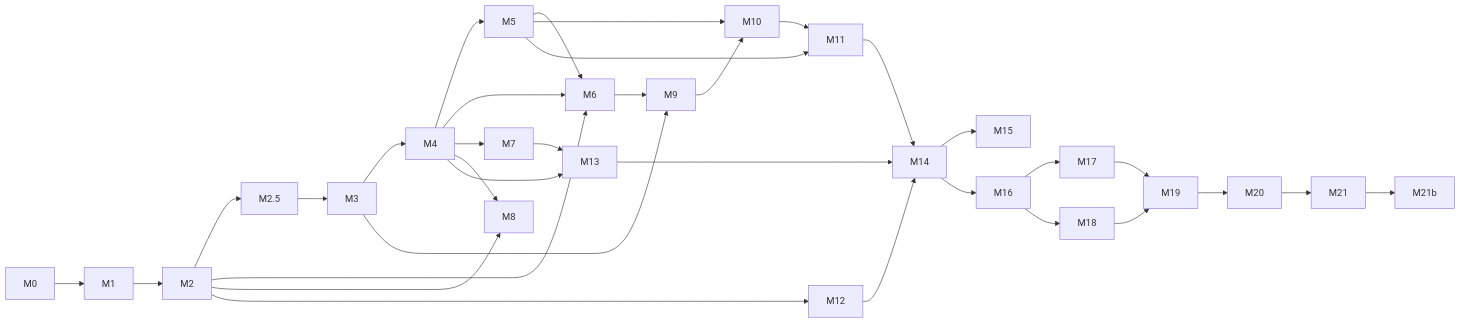
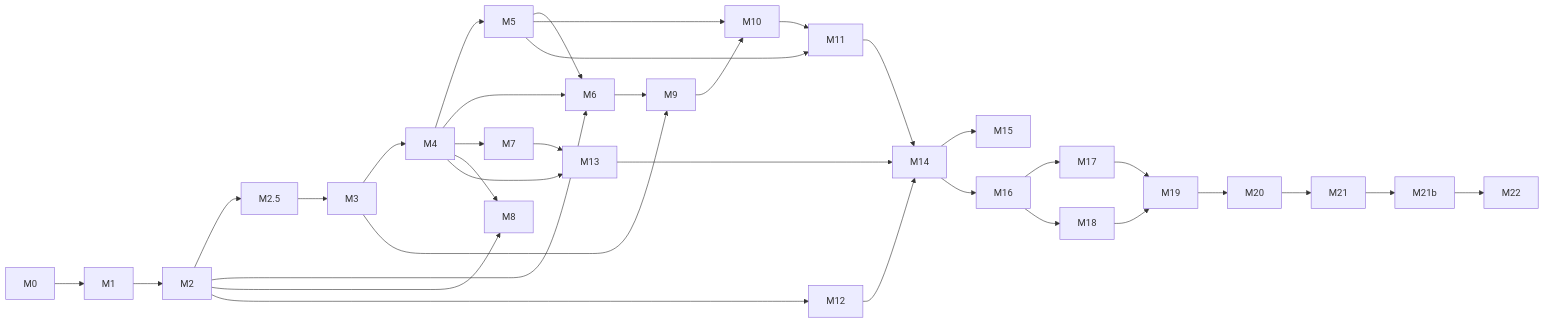
The diagram in docs/09-plan/README.md (vundavallibalakrishna/agentic-runtime), drawn with Mermaid before and after one commit. The commit also changed other lines of this file and 100 other files, not shown here.

````diff
--- a/docs/09-plan/README.md
+++ b/docs/09-plan/README.md
@@ -51,29 +52,29 @@
 ```mermaid
 flowchart LR
   M0 --> M1 --> M2 --> M25[M2.5] --> M3 --> M4 --> M5
   M2 --> M6
   M4 --> M6
   M5 --> M6
   M4 --> M7
   M2 --> M8
   M4 --> M8
   M3 --> M9
   M6 --> M9
   M5 --> M10
   M9 --> M10
   M5 --> M11
   M10 --> M11
   M2 --> M12
   M4 --> M13
   M7 --> M13
   M11 --> M14
   M12 --> M14
   M13 --> M14
   M14 --> M15
   M14 --> M16
   M16 --> M17
   M16 --> M18
   M17 --> M19
   M18 --> M19
-  M19 --> M20 --> M21 --> M21b[M21b]
+  M19 --> M20 --> M21 --> M21b[M21b] --> M22
 ```
````
